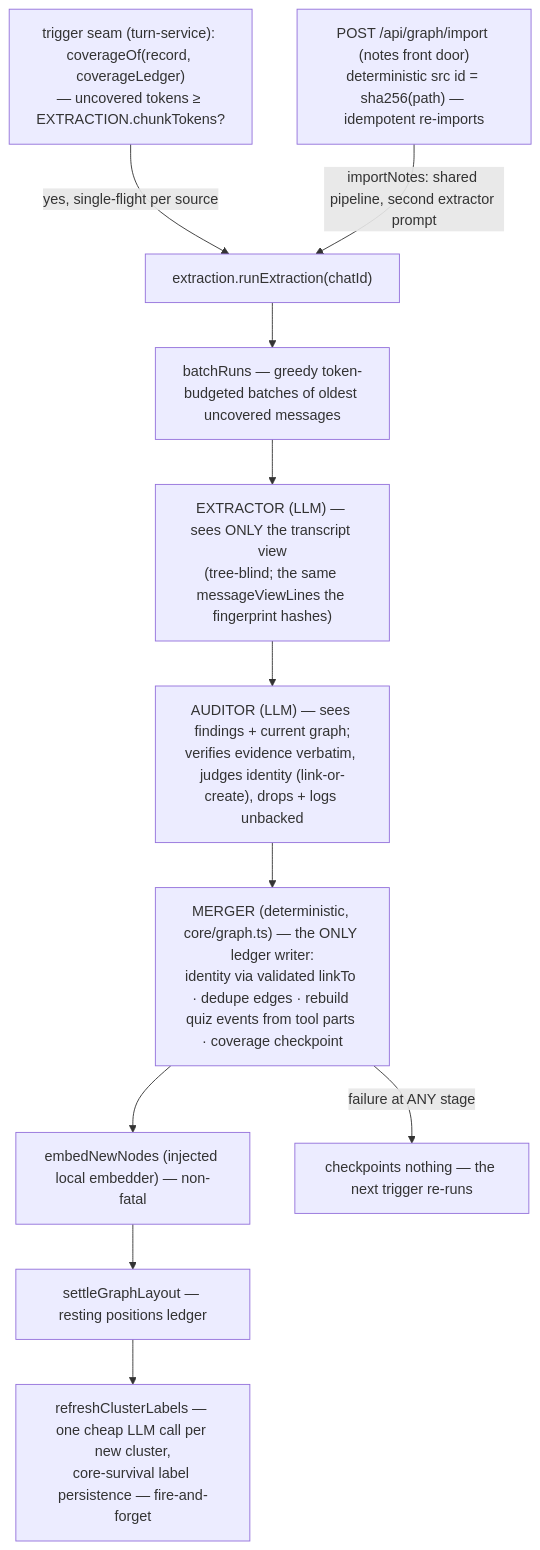
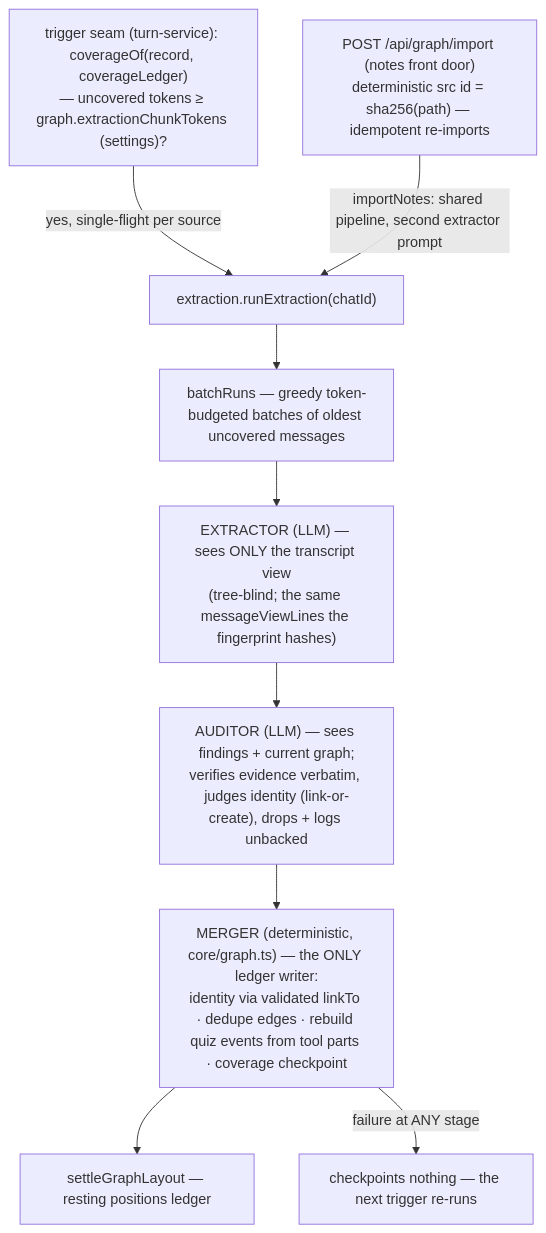
Before and after one commit to 0xCUB3/learnharness: the sixth of 7 diagrams in docs/architecture.md, drawn with Mermaid. The commit also changed other lines of this file and 4 other files, not shown here.

````diff
--- a/docs/architecture.md
+++ b/docs/architecture.md
@@ -333,13 +329,11 @@
 ```mermaid
 flowchart TB
-    TRIG["trigger seam (turn-service): coverageOf(record, coverageLedger)<br/>— uncovered tokens ≥ EXTRACTION.chunkTokens?"] -->|"yes, single-flight per source"| RUN["extraction.runExtraction(chatId)"]
+    TRIG["trigger seam (turn-service): coverageOf(record, coverageLedger)<br/>— uncovered tokens ≥ graph.extractionChunkTokens (settings)?"] -->|"yes, single-flight per source"| RUN["extraction.runExtraction(chatId)"]
     IMPORT["POST /api/graph/import (notes front door)<br/>deterministic src id = sha256(path) — idempotent re-imports"] -->|"importNotes: shared pipeline, second extractor prompt"| RUN
     RUN --> BATCH["batchRuns — greedy token-budgeted batches of oldest uncovered messages"]
     BATCH --> EXT["EXTRACTOR (LLM) — sees ONLY the transcript view<br/>(tree-blind; the same messageViewLines the fingerprint hashes)"]
     EXT --> AUD["AUDITOR (LLM) — sees findings + current graph;<br/>verifies evidence verbatim, judges identity (link-or-create), drops + logs unbacked"]
     AUD --> MERGE["MERGER (deterministic, core/graph.ts) — the ONLY ledger writer:<br/>identity via validated linkTo · dedupe edges · rebuild quiz events from tool parts · coverage checkpoint"]
-    MERGE --> EMB["embedNewNodes (injected local embedder) — non-fatal"]
-    EMB --> SETTLE["settleGraphLayout — resting positions ledger"]
-    SETTLE --> LABEL["refreshClusterLabels — one cheap LLM call per new cluster,<br/>core-survival label persistence — fire-and-forget"]
+    MERGE --> SETTLE["settleGraphLayout — resting positions ledger"]
     MERGE -->|"failure at ANY stage"| NOTHING["checkpoints nothing — the next trigger re-runs"]
 ```
````
